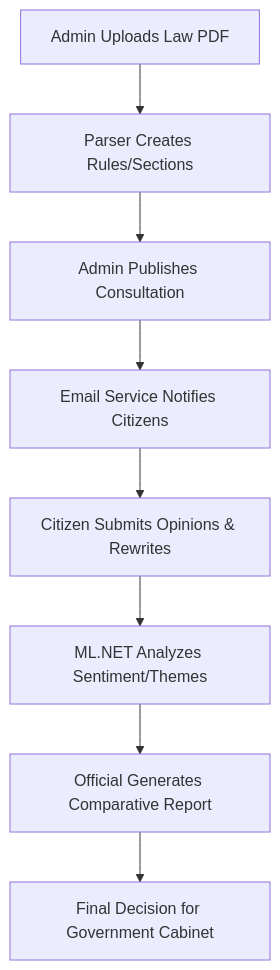
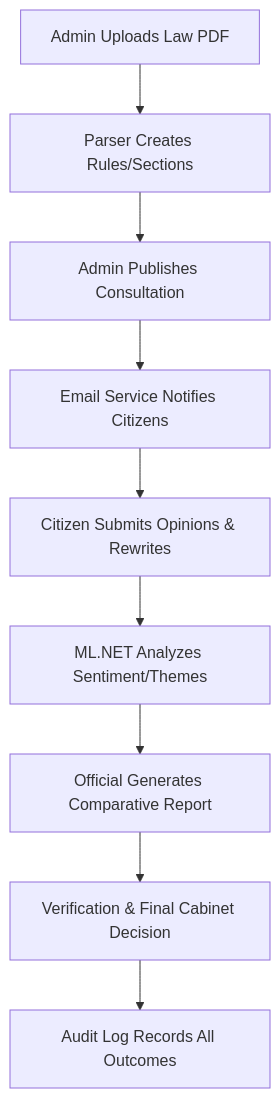
Before and after one commit to CodeByte360/PublicConsultation: the diagram in README.md, drawn with Mermaid. The commit also changed other lines of this file, not shown here.

````diff
--- a/README.md
+++ b/README.md
@@ -66,10 +69,11 @@
 ```mermaid
 graph TD
     A[Admin Uploads Law PDF] --> B[Parser Creates Rules/Sections]
     B --> C[Admin Publishes Consultation]
     C --> D[Email Service Notifies Citizens]
     D --> E[Citizen Submits Opinions & Rewrites]
     E --> F[ML.NET Analyzes Sentiment/Themes]
     F --> G[Official Generates Comparative Report]
-    G --> H[Final Decision for Government Cabinet]
+    G --> H[Verification & Final Cabinet Decision]
+    H --> I[Audit Log Records All Outcomes]
 ```
````
